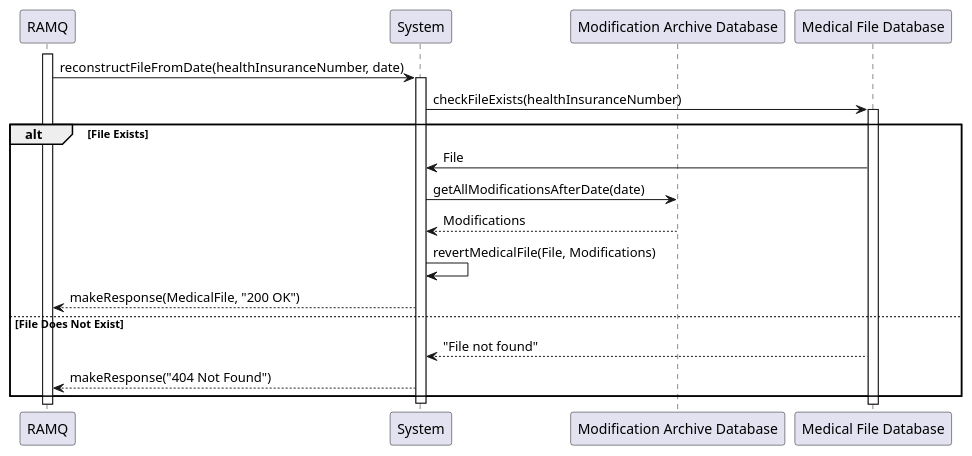
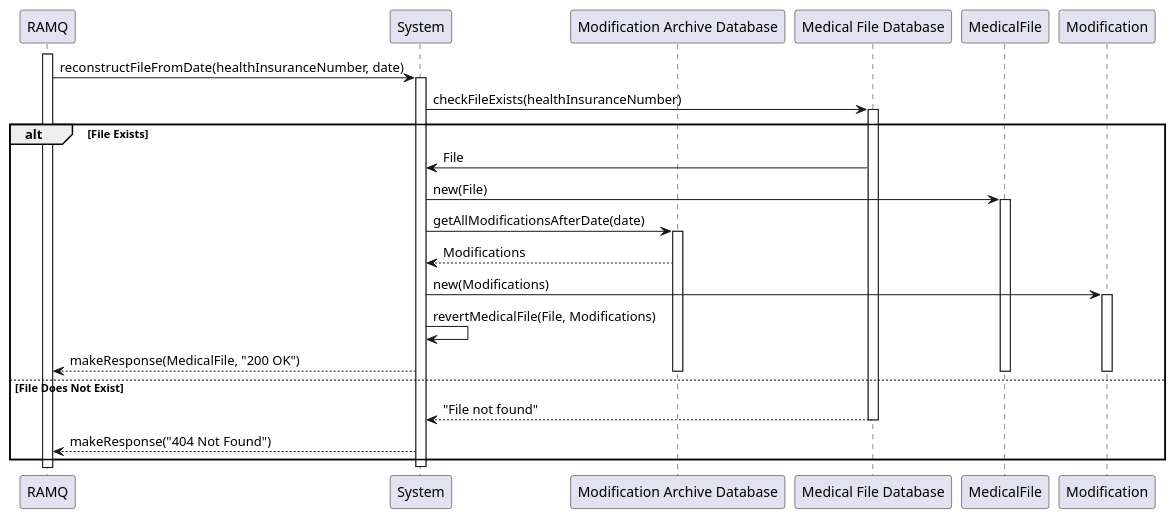
Before and after one commit to KevenJAntenor/Quebec-Centralized-Medical-Record-System: the diagram in plantUml/sequence-reconstrunct-Date.puml, drawn with PlantUML. The commit also changed 13 other files, not shown here.

Commit message:
fix: add classes to sequence diagrams

```diff
--- a/plantUml/sequence-reconstrunct-Date.puml
+++ b/plantUml/sequence-reconstrunct-Date.puml
@@ -1,27 +1,36 @@
 @startuml
 
 participant "RAMQ" as RAMQ
 participant "System" as System
 participant "Modification Archive Database" as Database
 participant "Medical File Database" as MedicalDatabase
 
 activate RAMQ
 RAMQ -> System: reconstructFileFromDate(healthInsuranceNumber, date)
 activate System
 System -> MedicalDatabase: checkFileExists(healthInsuranceNumber)
 activate MedicalDatabase
 alt File Exists
     MedicalDatabase -> System: File
+    System -> MedicalFile: new(File)
+    activate MedicalFile
     System -> Database: getAllModificationsAfterDate(date)
+    activate Database
     Database --> System: Modifications
+    System -> Modification: new(Modifications)
+    activate Modification
     System -> System: revertMedicalFile(File, Modifications)
     System --> RAMQ: makeResponse(MedicalFile, "200 OK")
+    deactivate MedicalFile
+    deactivate Modification
+    deactivate Database
 else File Does Not Exist
     MedicalDatabase --> System: "File not found"
+    deactivate MedicalDatabase
     System --> RAMQ: makeResponse("404 Not Found")
 end
 
 
 deactivate System
 
 @enduml
```
